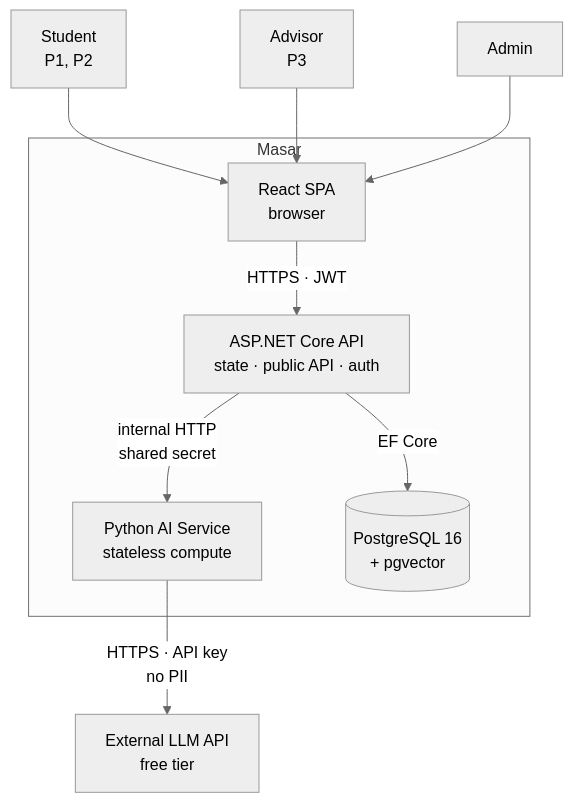
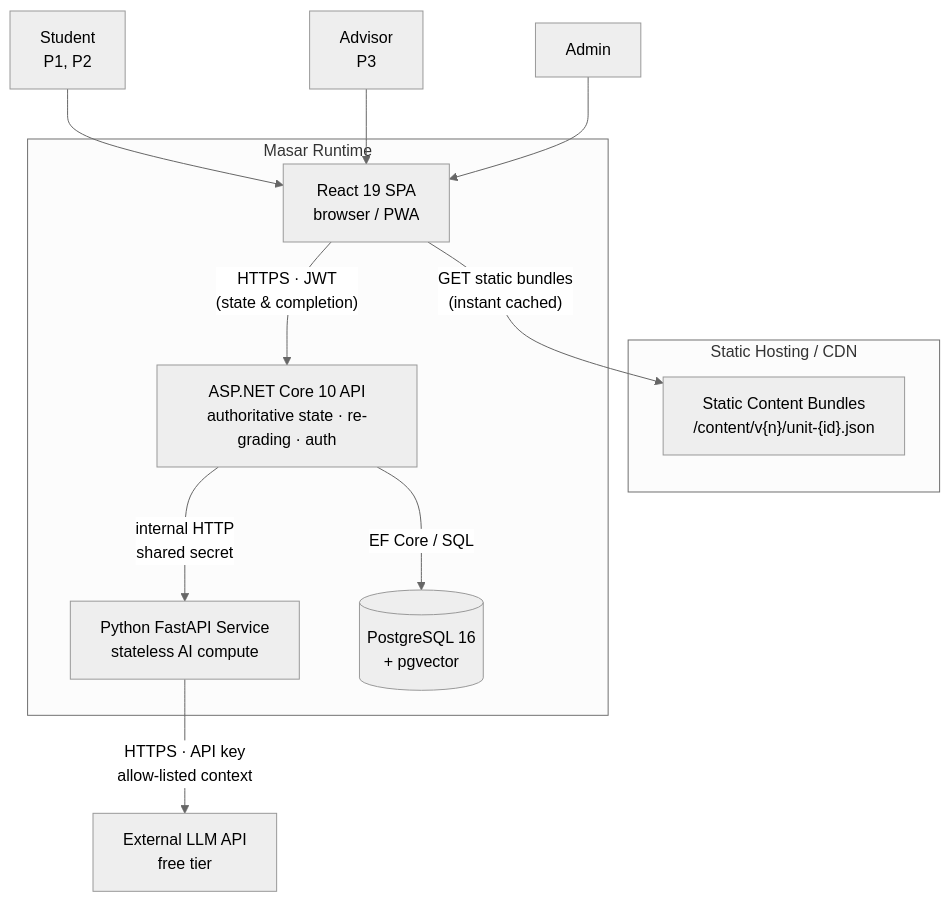
One commit to Masar-SCU/Masar changed the first of 8 diagrams in docs/03-architecture.md. Above: the diagram before and after it, drawn with Mermaid (neutral theme). The commit also changed other lines of this file and 26 other files, not shown here.

First line of the commit message:
docs: master specification revision for atomic roadmap and defect fixes

````diff
--- a/docs/03-architecture.md
+++ b/docs/03-architecture.md
@@ -51,23 +43,29 @@
 ```mermaid
 flowchart TB
     STU["Student<br/>P1, P2"]
     ADV["Advisor<br/>P3"]
     ADM["Admin"]
 
-    subgraph MASAR["Masar"]
-        WEB["React SPA<br/>browser"]
-        API["ASP.NET Core API<br/>state · public API · auth"]
-        AISVC["Python AI Service<br/>stateless compute"]
+    subgraph CDN["Static Hosting / CDN"]
+        BUNDLES["Static Content Bundles<br/>/content/v{n}/unit-{id}.json"]
+    end
+
+    subgraph MASAR["Masar Runtime"]
+        WEB["React 19 SPA<br/>browser / PWA"]
+        API["ASP.NET Core 10 API<br/>authoritative state · re-grading · auth"]
+        AISVC["Python FastAPI Service<br/>stateless AI compute"]
         DB[("PostgreSQL 16<br/>+ pgvector")]
     end
 
     LLM["External LLM API<br/>free tier"]
 
     STU --> WEB
     ADV --> WEB
     ADM --> WEB
-    WEB -->|"HTTPS · JWT"| API
-    API -->|"EF Core"| DB
+
+    WEB -->|"GET static bundles<br/>(instant cached)"| BUNDLES
+    WEB -->|"HTTPS · JWT<br/>(state & completion)"| API
+    API -->|"EF Core / SQL"| DB
     API -->|"internal HTTP<br/>shared secret"| AISVC
-    AISVC -->|"HTTPS · API key<br/>no PII"| LLM
+    AISVC -->|"HTTPS · API key<br/>allow-listed context"| LLM
 ```
````
